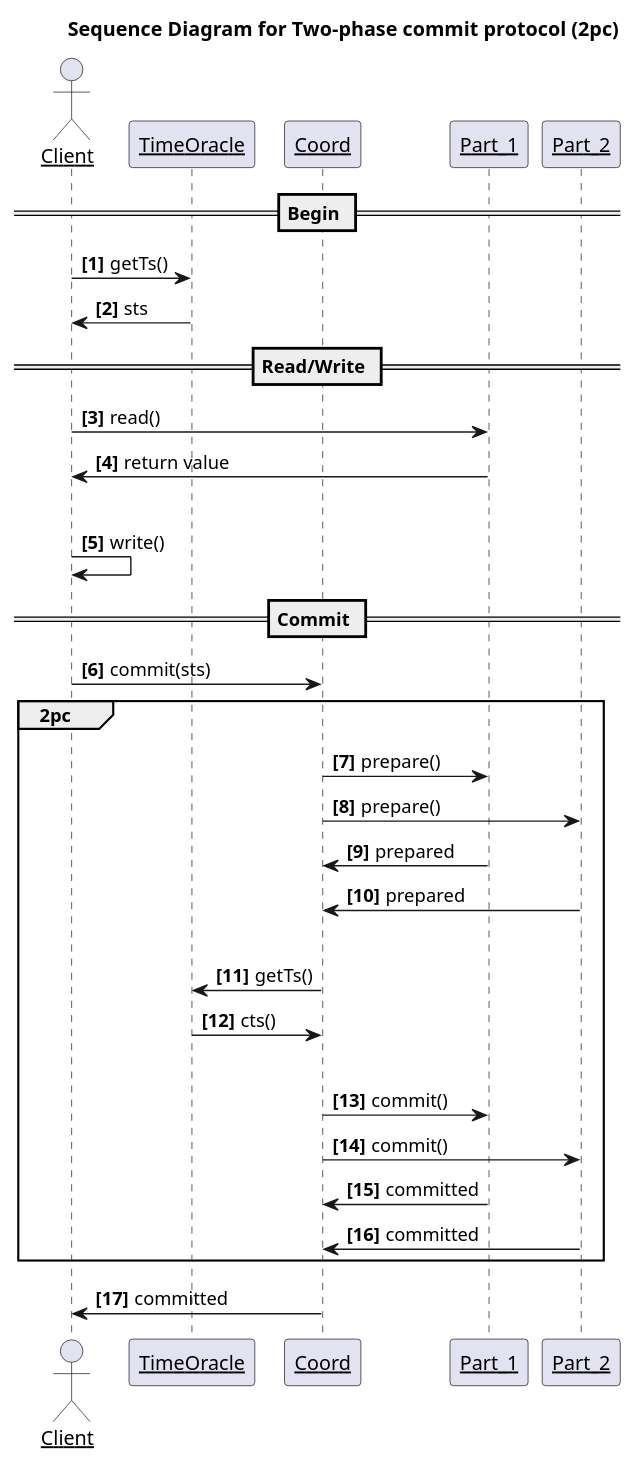
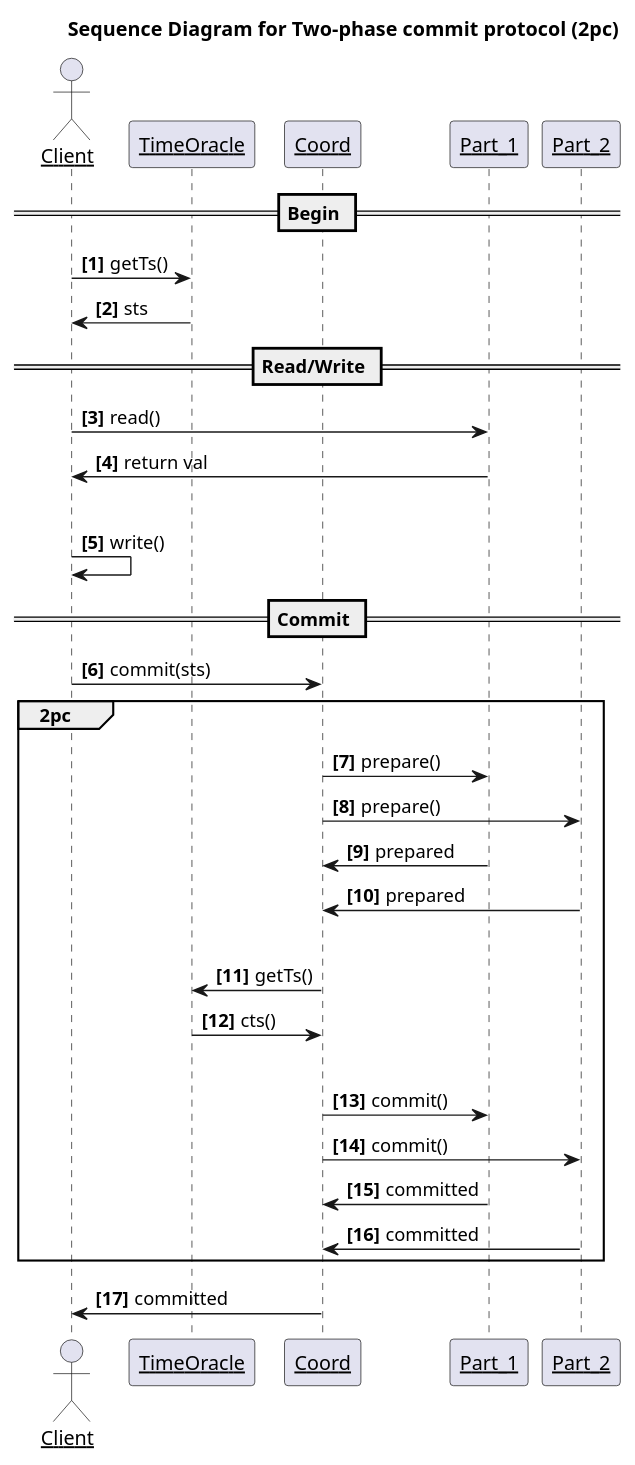
One commit to hengxin/chameleon-transactional-kvstore changed the diagram in src/main/resources/doc/2pc.puml. Above: the diagram before and after it, drawn with PlantUML. The commit also changed 48 other files, not shown here.

```diff
--- a/src/main/resources/doc/2pc.puml
+++ b/src/main/resources/doc/2pc.puml
@@ -1,46 +1,46 @@
 @startuml
 title Sequence Diagram for Two-phase commit protocol (2pc)
 
 !pragma teoz true
 autonumber "<b>[0]"
 skinparam sequenceParticipant underline
 
 actor Client
 participant TimeOracle
 participant Coord
 participant Part_1
 participant Part_2
 
 == Begin ==
 Client -> TimeOracle: getTs()
 TimeOracle -> Client: sts
 
 == Read/Write ==
 Client -> Part_1: read()
-Part_1 -> Client: return value
+Part_1 -> Client: return val
 |||
 Client -> Client: write()
 
 == Commit ==
 Client -> Coord: commit(sts)
 
 group 2pc
 !pragma teoz true
 Coord -> Part_1: prepare()
 Coord -> Part_2: prepare()
 Part_1 -> Coord: prepared
 Part_2 -> Coord: prepared
 |||
 
 Coord -> TimeOracle: getTs()
 TimeOracle -> Coord: cts()
 |||
 
 Coord -> Part_1: commit()
 Coord -> Part_2: commit()
 Part_1 -> Coord: committed
 Part_2 -> Coord: committed
 end
 
 Coord -> Client: committed
 @enduml
```
